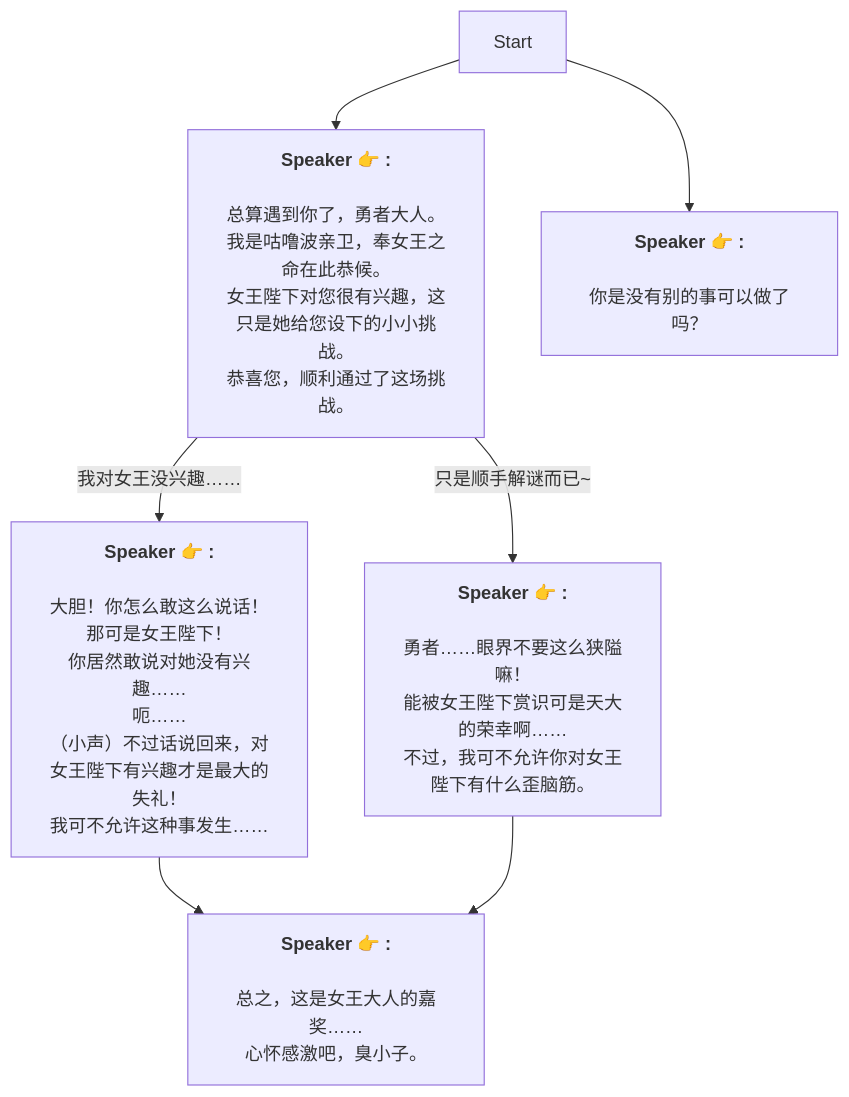
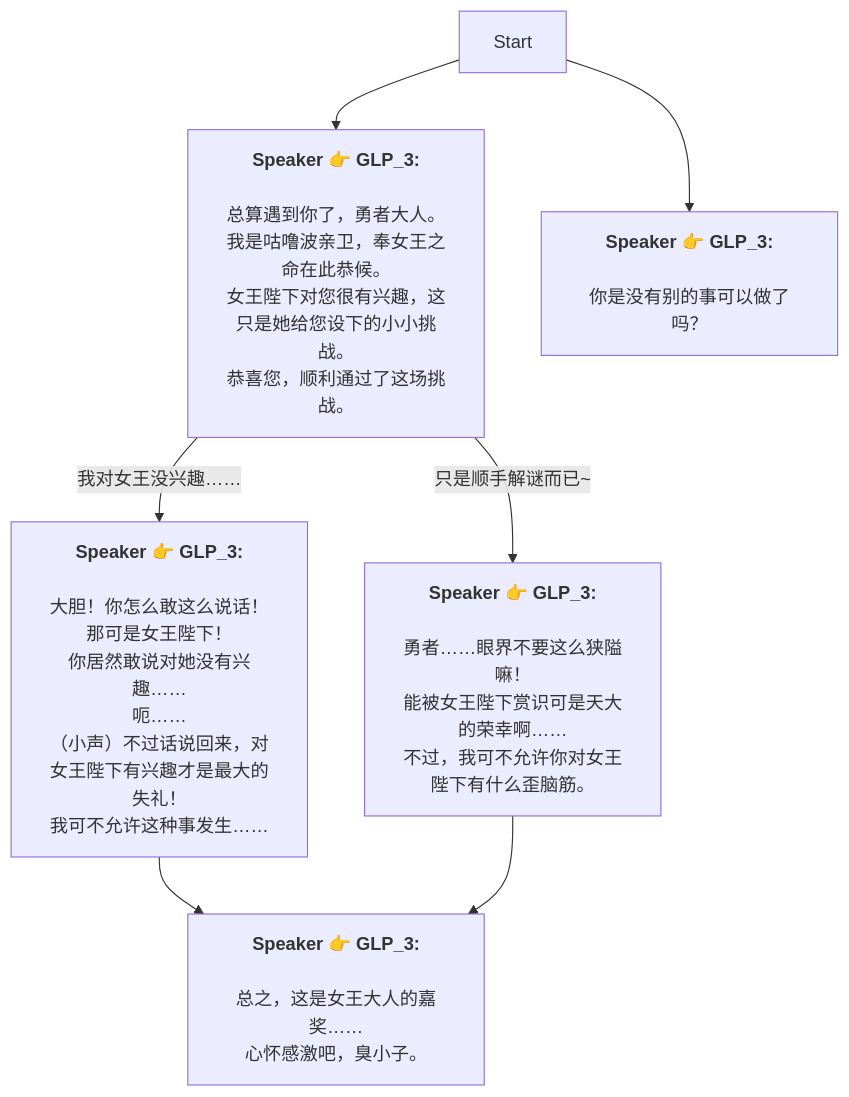
The diagram in Zh/GLP_3.md (SoftHu/tos_avg), drawn with Mermaid before and after one commit. The commit also changed 410 other files, not shown here.

````diff
--- a/Zh/GLP_3.md
+++ b/Zh/GLP_3.md
@@ -1,26 +1,26 @@
 ```mermaid
 graph
-Start -->1719159014612000[<b>Speaker 👉 :</b>
+Start -->1719159014612000[<b>Speaker 👉 GLP_3:</b>
 \n总算遇到你了，勇者大人。
 我是咕噜波亲卫，奉女王之命在此恭候。\n女王陛下对您很有兴趣，这只是她给您设下的小小挑战。
 恭喜您，顺利通过了这场挑战。]
-1719159014612000 -->|我对女王没兴趣……|1719161269123110[<b>Speaker 👉 :</b>
+1719159014612000 -->|我对女王没兴趣……|1719161269123110[<b>Speaker 👉 GLP_3:</b>
 \n大胆！你怎么敢这么说话！
 那可是女王陛下！
 你居然敢说对她没有兴趣……\n呃……
 （小声）不过话说回来，对女王陛下有兴趣才是最大的失礼！
 我可不允许这种事发生……]
-1719159014612000 -->|只是顺手解谜而已~|1719161275267111[<b>Speaker 👉 :</b>
+1719159014612000 -->|只是顺手解谜而已~|1719161275267111[<b>Speaker 👉 GLP_3:</b>
 \n勇者……眼界不要这么狭隘嘛！
 能被女王陛下赏识可是天大的荣幸啊……
 不过，我可不允许你对女王陛下有什么歪脑筋。]
-1719161269123110 -->1719163380421672[<b>Speaker 👉 :</b>
+1719161269123110 -->1719163380421672[<b>Speaker 👉 GLP_3:</b>
 \n总之，这是女王大人的嘉奖……
 心怀感激吧，臭小子。]
-1719161275267111 -->1719163380421672[<b>Speaker 👉 :</b>
+1719161275267111 -->1719163380421672[<b>Speaker 👉 GLP_3:</b>
 \n总之，这是女王大人的嘉奖……
 心怀感激吧，臭小子。]
-Start -->1724023392865331[<b>Speaker 👉 :</b>
+Start -->1724023392865331[<b>Speaker 👉 GLP_3:</b>
 \n你是没有别的事可以做了吗？]
 
 ```
````
